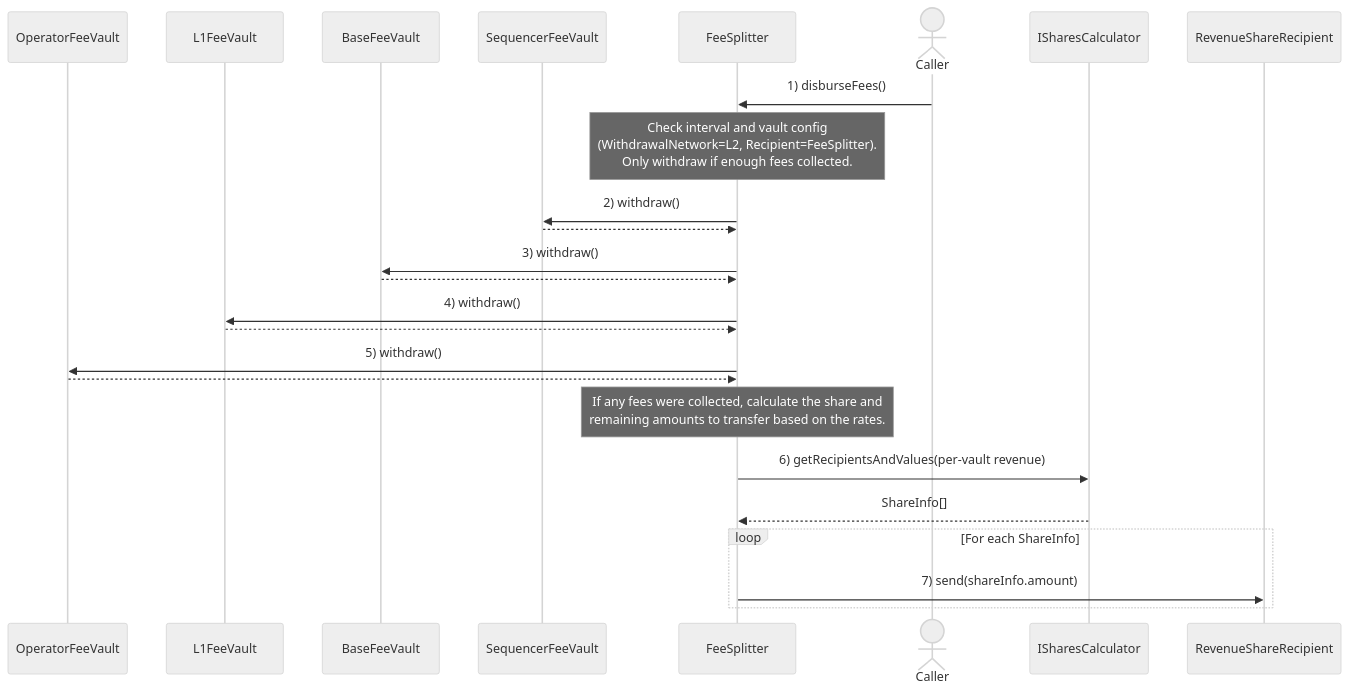
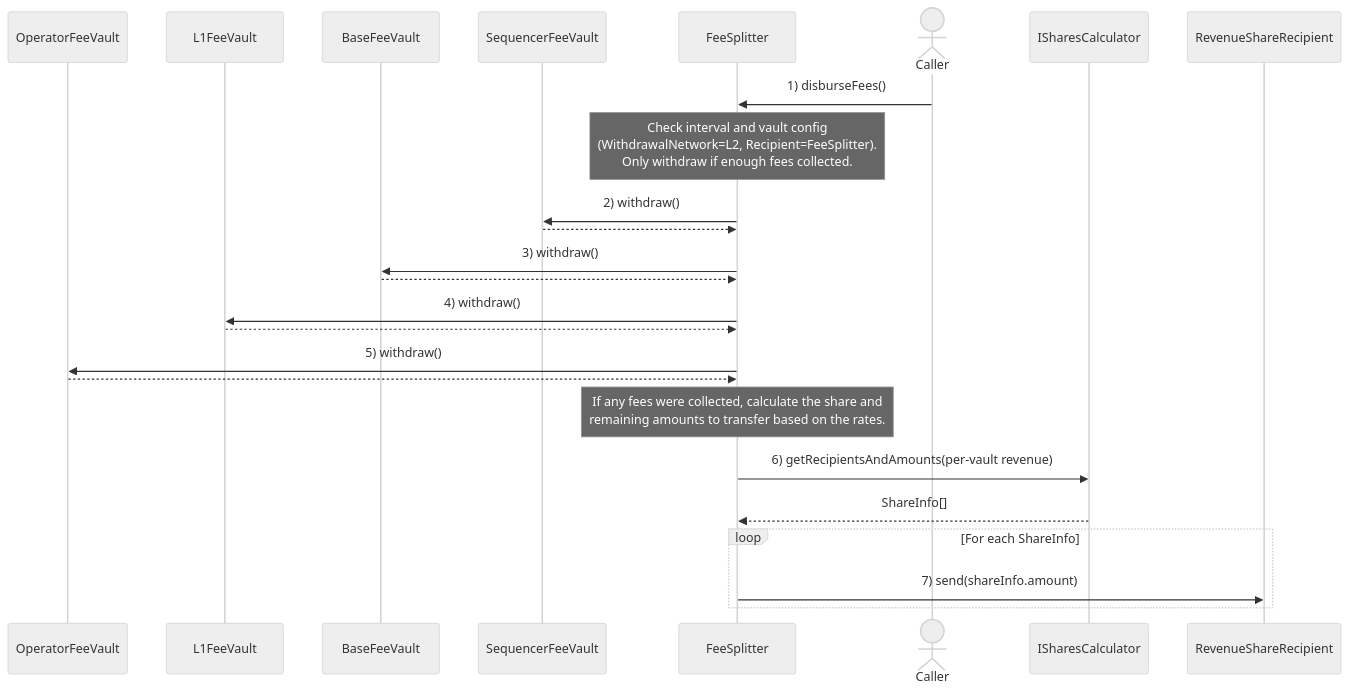
The diagram in specs/protocol/jovian/predeploys.md (defi-wonderland/specs), drawn with Mermaid (neutral theme) before and after one commit. The commit also changed 2 other files, not shown here.

Commit message:
chore: update references of getRecipientsAndValues for getRecipientsAndAmounts

````diff
--- a/specs/protocol/jovian/predeploys.md
+++ b/specs/protocol/jovian/predeploys.md
@@ -53,37 +53,37 @@
 ```mermaid
 sequenceDiagram
 
     participant OperatorFeeVault
     participant L1FeeVault
     participant BaseFeeVault
     participant SequencerFeeVault
     participant FeeSplitter
     actor Caller
     participant ISharesCalculator
     participant RevenueShareRecipient
 
     Caller ->> FeeSplitter: 1) disburseFees()
 
     Note over FeeSplitter: Check interval and vault config <br> (WithdrawalNetwork=L2, Recipient=FeeSplitter). <br/>Only withdraw if enough fees collected.
 
     FeeSplitter ->> SequencerFeeVault: 2) withdraw()
     SequencerFeeVault -->> FeeSplitter:
 
     FeeSplitter ->> BaseFeeVault: 3) withdraw()
     BaseFeeVault -->> FeeSplitter:
 
     FeeSplitter ->> L1FeeVault: 4) withdraw()
     L1FeeVault -->> FeeSplitter:
 
     FeeSplitter ->> OperatorFeeVault: 5) withdraw()
     OperatorFeeVault -->> FeeSplitter:
 
     Note over FeeSplitter: If any fees were collected, calculate the share and <br> remaining amounts to transfer based on the rates.
 
-    FeeSplitter ->> ISharesCalculator: 6) getRecipientsAndValues(per-vault revenue)
+    FeeSplitter ->> ISharesCalculator: 6) getRecipientsAndAmounts(per-vault revenue)
     ISharesCalculator -->> FeeSplitter: ShareInfo[]
 
     loop For each ShareInfo
         FeeSplitter ->> RevenueShareRecipient: 7) send(shareInfo.amount)
     end
 ```
````
